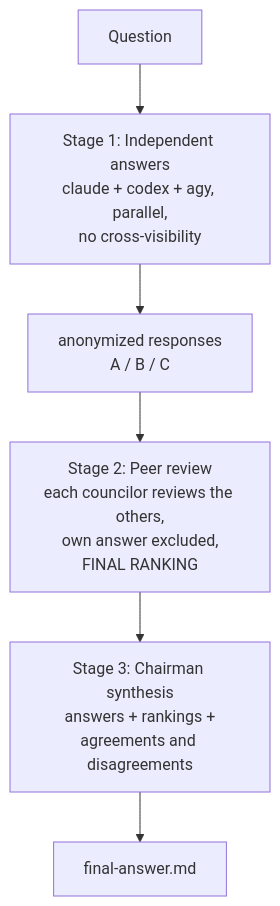
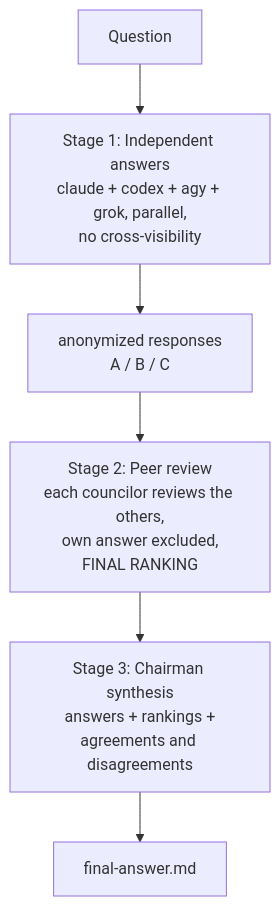
The diagram in README.md (epicsagas/council), drawn with Mermaid before and after one commit. The commit also changed other lines of this file and 1 other file, not shown here.

Commit message:
feat(council): add grok councilor via headless CLI (#5)

````diff
--- a/README.md
+++ b/README.md
@@ -17,8 +17,8 @@
 ```mermaid
 flowchart TD
-    Q["Question"] --> S1["Stage 1: Independent answers<br/>claude + codex + agy, parallel,<br/>no cross-visibility"]
+    Q["Question"] --> S1["Stage 1: Independent answers<br/>claude + codex + agy + grok, parallel,<br/>no cross-visibility"]
     S1 --> A["anonymized responses<br/>A / B / C"]
     A --> S2["Stage 2: Peer review<br/>each councilor reviews the others,<br/>own answer excluded,<br/>FINAL RANKING"]
     S2 --> S3["Stage 3: Chairman synthesis<br/>answers + rankings +<br/>agreements and disagreements"]
     S3 --> F["final-answer.md"]
 ```
````
